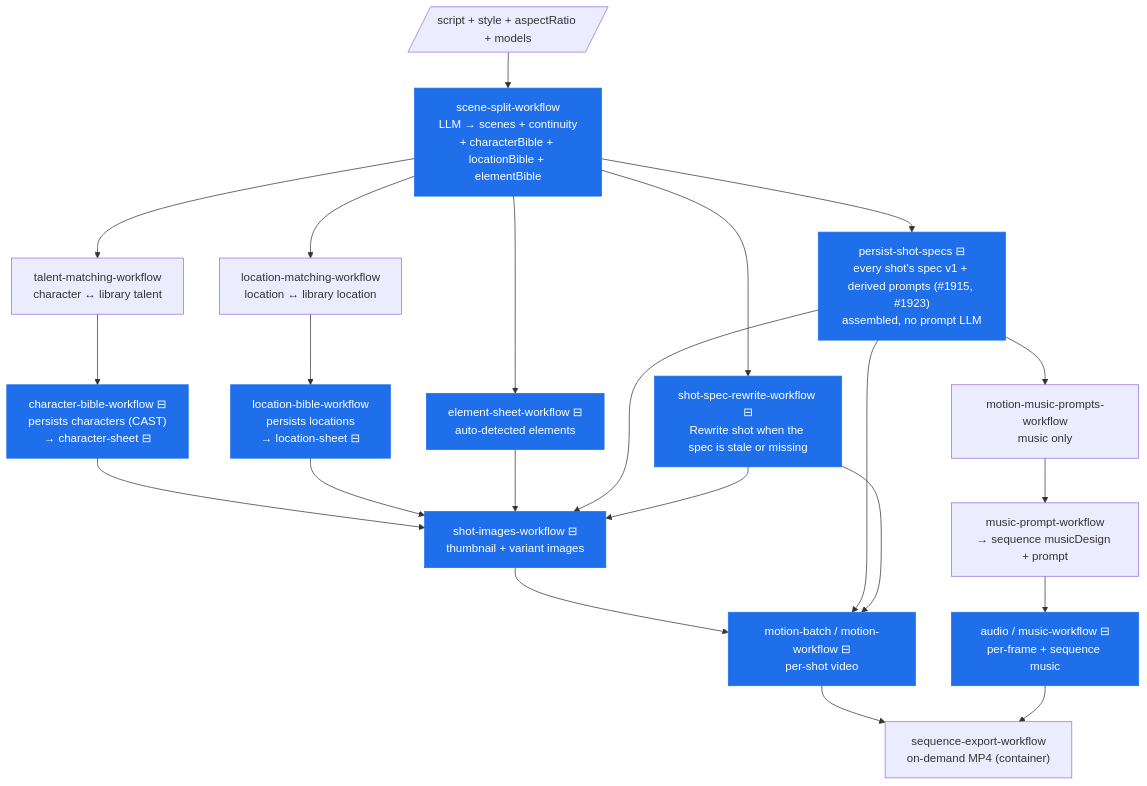
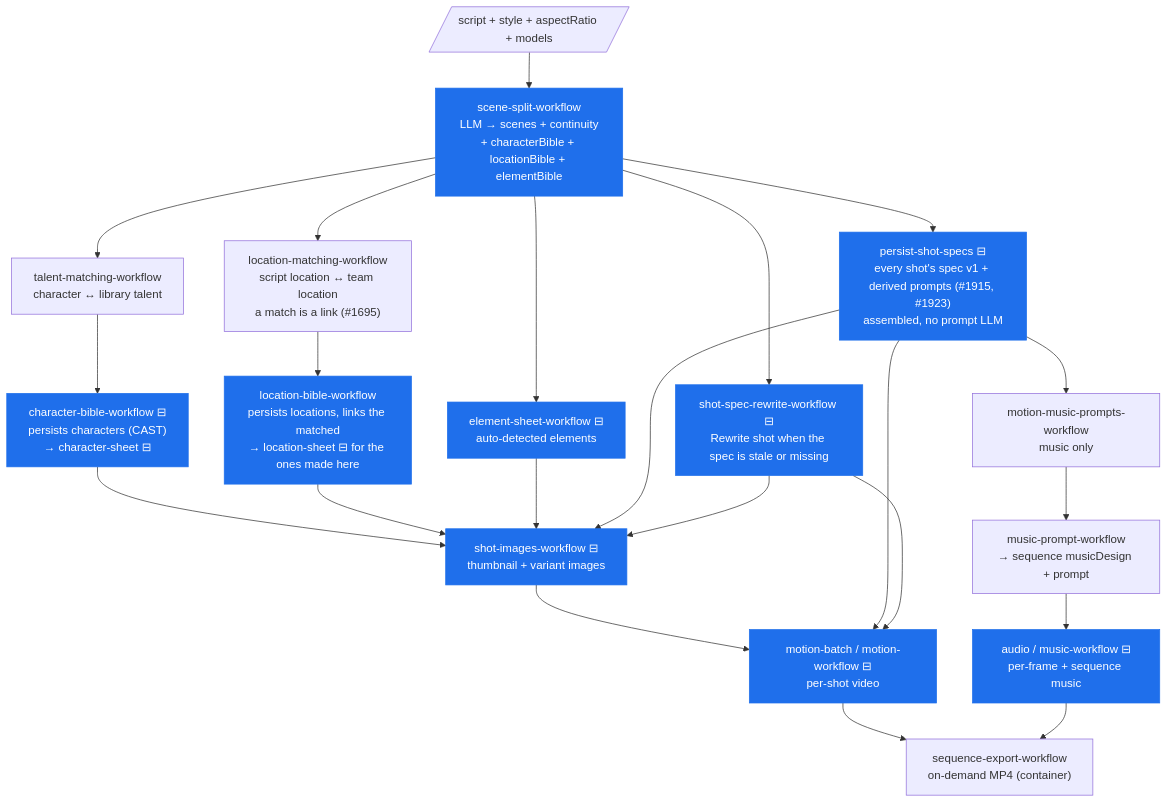
One commit to Jyatin/openstory changed the first of 4 diagrams in docs/architecture/prompt-staleness-dependency-graph.md. Above: the diagram before and after it, drawn with Mermaid. The commit also changed other lines of this file and 198 other files, not shown here.

````diff
--- a/docs/architecture/prompt-staleness-dependency-graph.md
+++ b/docs/architecture/prompt-staleness-dependency-graph.md
@@ -124,36 +124,36 @@
 ```mermaid
 flowchart TD
     script[/"script + style + aspectRatio + models"/]
 
     script --> split["scene-split-workflow<br/>LLM → scenes + continuity<br/>+ characterBible + locationBible + elementBible"]
 
     split --> talent["talent-matching-workflow<br/>character ↔ library talent"]
-    split --> locmatch["location-matching-workflow<br/>location ↔ library location"]
+    split --> locmatch["location-matching-workflow<br/>script location ↔ team location<br/>a match is a link (#1695)"]
 
     talent --> cbib["character-bible-workflow ⊟<br/>persists characters (CAST)<br/>→ character-sheet ⊟"]
-    locmatch --> lbib["location-bible-workflow<br/>persists locations<br/>→ location-sheet ⊟"]
+    locmatch --> lbib["location-bible-workflow<br/>persists locations, links the matched<br/>→ location-sheet ⊟ for the ones made here"]
     split --> elem["element-sheet-workflow ⊟<br/>auto-detected elements"]
 
     split --> dvprompt["persist-shot-specs ⊟<br/>every shot's spec v1 + derived prompts (#1915, #1923)<br/>assembled, no prompt LLM"]
     split --> rewrite["shot-spec-rewrite-workflow ⊟<br/>Rewrite shot when the spec is stale or missing"]
 
     dvprompt --> mmprompt["motion-music-prompts-workflow<br/>music only"]
     mmprompt --> musicp["music-prompt-workflow<br/>→ sequence musicDesign + prompt"]
 
     cbib --> img["shot-images-workflow ⊟<br/>thumbnail + variant images"]
     lbib --> img
     elem --> img
     dvprompt --> img
     rewrite --> img
 
     img --> motion["motion-batch / motion-workflow ⊟<br/>per-shot video"]
     dvprompt --> motion
     rewrite --> motion
     musicp --> audio["audio / music-workflow ⊟<br/>per-frame + sequence music"]
 
     motion --> export["sequence-export-workflow<br/>on-demand MP4 (container)"]
     audio --> export
 
     classDef stamp fill:#1f6feb,stroke:#1f6feb,color:#fff;
     class cbib,lbib,elem,dvprompt,rewrite,img,motion,audio,split stamp;
 ```
````
